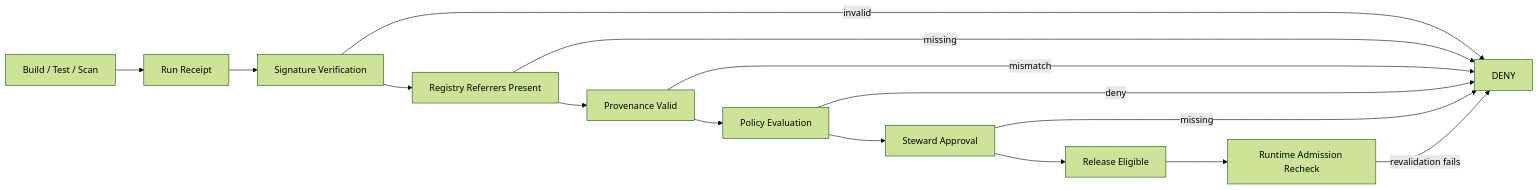
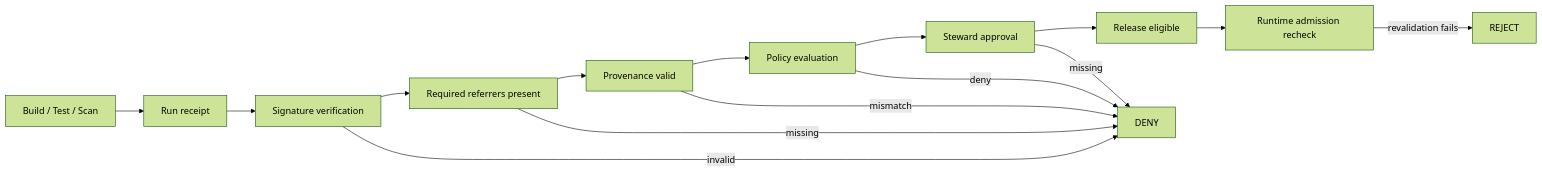
Before and after one commit to bartytime4life/Kansas-Frontier-Matrix: the first of 3 diagrams in docs/security/promotion-contract.md, drawn with Mermaid (forest theme). The commit also changed other lines of this file, not shown here.

````diff
--- a/docs/security/promotion-contract.md
+++ b/docs/security/promotion-contract.md
@@ -110,18 +148,18 @@
 ```mermaid
 flowchart LR
-  SRC[Build / Test / Scan] --> RCPT[Run Receipt]
-  RCPT --> SIG[Signature Verification]
-  SIG --> REF[Registry Referrers Present]
-  REF --> PROV[Provenance Valid]
-  PROV --> POL[Policy Evaluation]
-  POL --> APP[Steward Approval]
-  APP --> REL[Release Eligible]
-  REL --> ADM[Runtime Admission Recheck]
+  SRC[Build / Test / Scan] --> RCPT[Run receipt]
+  RCPT --> SIG[Signature verification]
+  SIG --> REF[Required referrers present]
+  REF --> PROV[Provenance valid]
+  PROV --> POL[Policy evaluation]
+  POL --> APP[Steward approval]
+  APP --> REL[Release eligible]
+  REL --> ADM[Runtime admission recheck]
 
   SIG -->|invalid| DENY[DENY]
   REF -->|missing| DENY
   PROV -->|mismatch| DENY
   POL -->|deny| DENY
   APP -->|missing| DENY
-  ADM -->|revalidation fails| DENY
+  ADM -->|revalidation fails| REJECT[REJECT]
 ```
````
